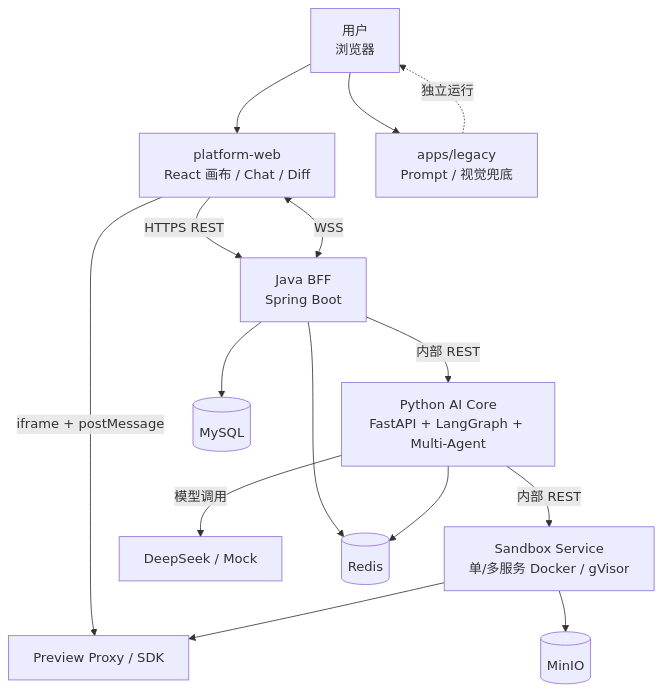
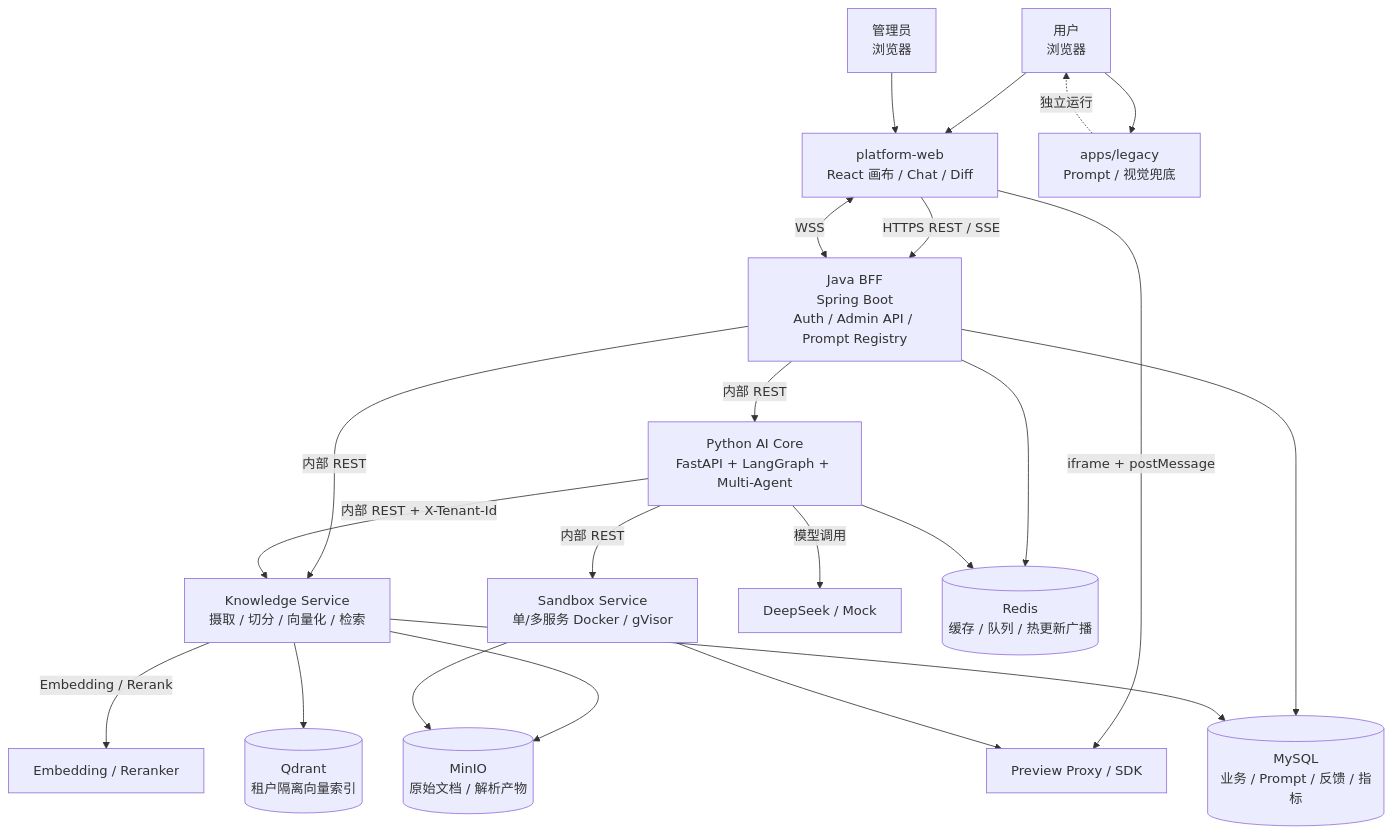
The first of 14 diagrams in docs/design/02.整体架构设计.md (Cai199999/vibe-platform), drawn with Mermaid before and after one commit. The commit also changed other lines of this file and 10 other files, not shown here.

````diff
--- a/docs/design/02.整体架构设计.md
+++ b/docs/design/02.整体架构设计.md
@@ -122,17 +129,24 @@
 ```mermaid
 flowchart TB
     U["用户<br/>浏览器"] --> WEB["platform-web<br/>React 画布 / Chat / Diff"]
+    ADM["管理员<br/>浏览器"] --> WEB
     U --> LEGACY["apps/legacy<br/>Prompt / 视觉兜底"]
-    WEB -->|"HTTPS REST"| BFF["Java BFF<br/>Spring Boot"]
+    WEB -->|"HTTPS REST / SSE"| BFF["Java BFF<br/>Spring Boot<br/>Auth / Admin API / Prompt Registry"]
     WEB <-->|"WSS"| BFF
     WEB -->|"iframe + postMessage"| PREVIEW["Preview Proxy / SDK"]
     BFF -->|"内部 REST"| AI["Python AI Core<br/>FastAPI + LangGraph + Multi-Agent"]
+    BFF -->|"内部 REST"| KNS["Knowledge Service<br/>摄取 / 切分 / 向量化 / 检索"]
+    AI -->|"内部 REST + X-Tenant-Id"| KNS
     AI -->|"内部 REST"| SBX["Sandbox Service<br/>单/多服务 Docker / gVisor"]
     SBX --> PREVIEW
     AI -->|"模型调用"| MODEL["DeepSeek / Mock"]
-    BFF --> MYSQL[("MySQL")]
-    BFF --> REDIS[("Redis")]
-    SBX --> MINIO[("MinIO")]
+    KNS -->|"Embedding / Rerank"| EMB["Embedding / Reranker"]
+    KNS --> VDB[("Qdrant<br/>租户隔离向量索引")]
+    BFF --> MYSQL[("MySQL<br/>业务 / Prompt / 反馈 / 指标")]
+    KNS --> MYSQL
+    BFF --> REDIS[("Redis<br/>缓存 / 队列 / 热更新广播")]
+    KNS --> MINIO[("MinIO<br/>原始文档 / 解析产物")]
+    SBX --> MINIO
     AI --> REDIS
     LEGACY -.->|"独立运行"| U
 ```
````
